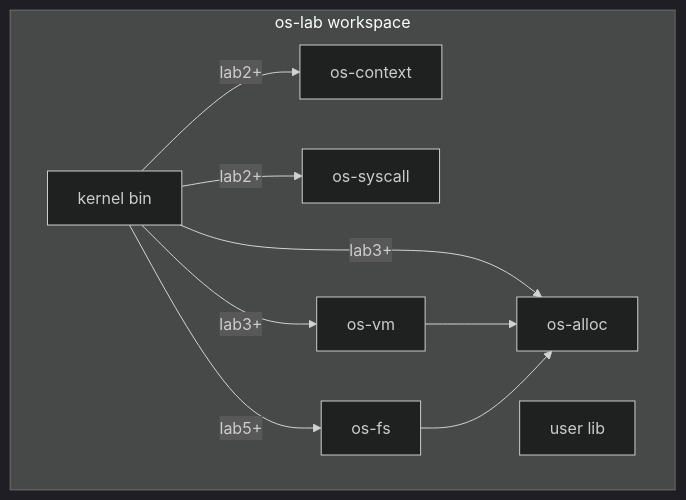
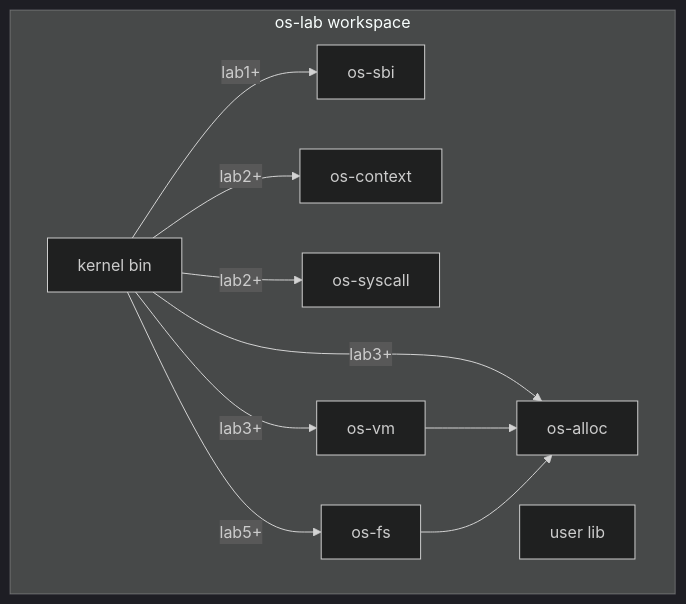
One commit to AM-SuSh/EVOLVE changed the first of 3 diagrams in os-lab/docs/architecture.md. Above: the diagram before and after it, drawn with Mermaid (dark theme). The commit also changed other lines of this file and 19 other files, not shown here.

````diff
--- a/os-lab/docs/architecture.md
+++ b/os-lab/docs/architecture.md
@@ -13,20 +13,22 @@
 ```mermaid
 graph TD
     subgraph workspace [os-lab workspace]
         kernel[kernel bin]
+        osSbi[os-sbi]
         osContext[os-context]
         osSyscall[os-syscall]
         osAlloc[os-alloc]
         osVm[os-vm]
         osFs[os-fs]
         user[user lib]
     end
 
+    kernel -->|lab1+| osSbi
     kernel -->|lab2+| osContext
     kernel -->|lab2+| osSyscall
     kernel -->|lab3+| osAlloc
     kernel -->|lab3+| osVm
     kernel -->|lab5+| osFs
     osVm --> osAlloc
     osFs --> osAlloc
 ```
````
